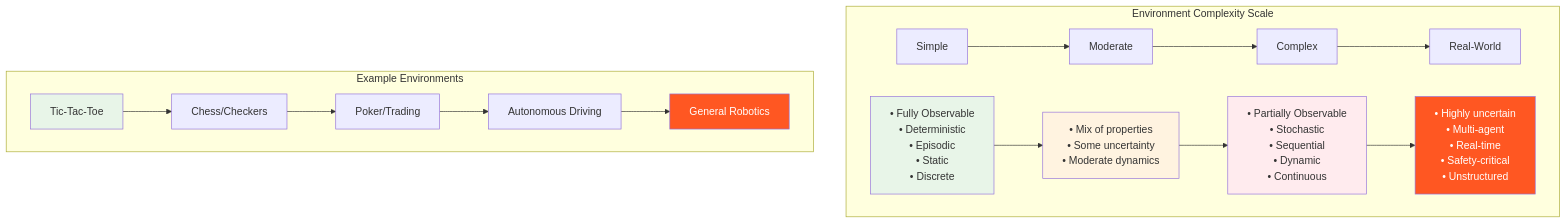
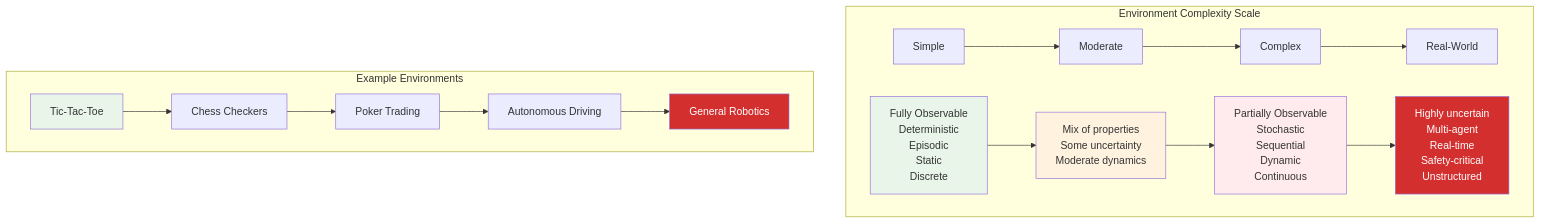
Before and after one commit to abstracted-m7/Data-Science: the seventh of 16 diagrams in Hand-Notes/Theory-AI-Basics/Environments/README.md, drawn with Mermaid. The commit also changed other lines of this file, not shown here.

````diff
--- a/Hand-Notes/Theory-AI-Basics/Environments/README.md
+++ b/Hand-Notes/Theory-AI-Basics/Environments/README.md
@@ -303,26 +303,26 @@
 ```mermaid
 graph TB
     subgraph "Environment Complexity Scale"
         A[Simple] --> B[Moderate] --> C[Complex] --> D[Real-World]
         
-        E[• Fully Observable<br/>• Deterministic<br/>• Episodic<br/>• Static<br/>• Discrete] --> F[• Mix of properties<br/>• Some uncertainty<br/>• Moderate dynamics]
+        E[Fully Observable<br/>Deterministic<br/>Episodic<br/>Static<br/>Discrete] --> F[Mix of properties<br/>Some uncertainty<br/>Moderate dynamics]
         
-        F --> G[• Partially Observable<br/>• Stochastic<br/>• Sequential<br/>• Dynamic<br/>• Continuous]
+        F --> G[Partially Observable<br/>Stochastic<br/>Sequential<br/>Dynamic<br/>Continuous]
         
-        G --> H[• Highly uncertain<br/>• Multi-agent<br/>• Real-time<br/>• Safety-critical<br/>• Unstructured]
+        G --> H[Highly uncertain<br/>Multi-agent<br/>Real-time<br/>Safety-critical<br/>Unstructured]
     end
     
     subgraph "Example Environments"
-        I[Tic-Tac-Toe] --> J[Chess/Checkers]
-        J --> K[Poker/Trading]
+        I[Tic-Tac-Toe] --> J[Chess Checkers]
+        J --> K[Poker Trading]
         K --> L[Autonomous Driving]
         L --> M[General Robotics]
     end
     
     style E fill:#e8f5e8
     style F fill:#fff3e0
     style G fill:#ffebee
-    style H fill:#ff5722,color:#fff
+    style H fill:#d32f2f,color:#fff
     style I fill:#e8f5e8
-    style M fill:#ff5722,color:#fff
+    style M fill:#d32f2f,color:#fff
 ```
````
